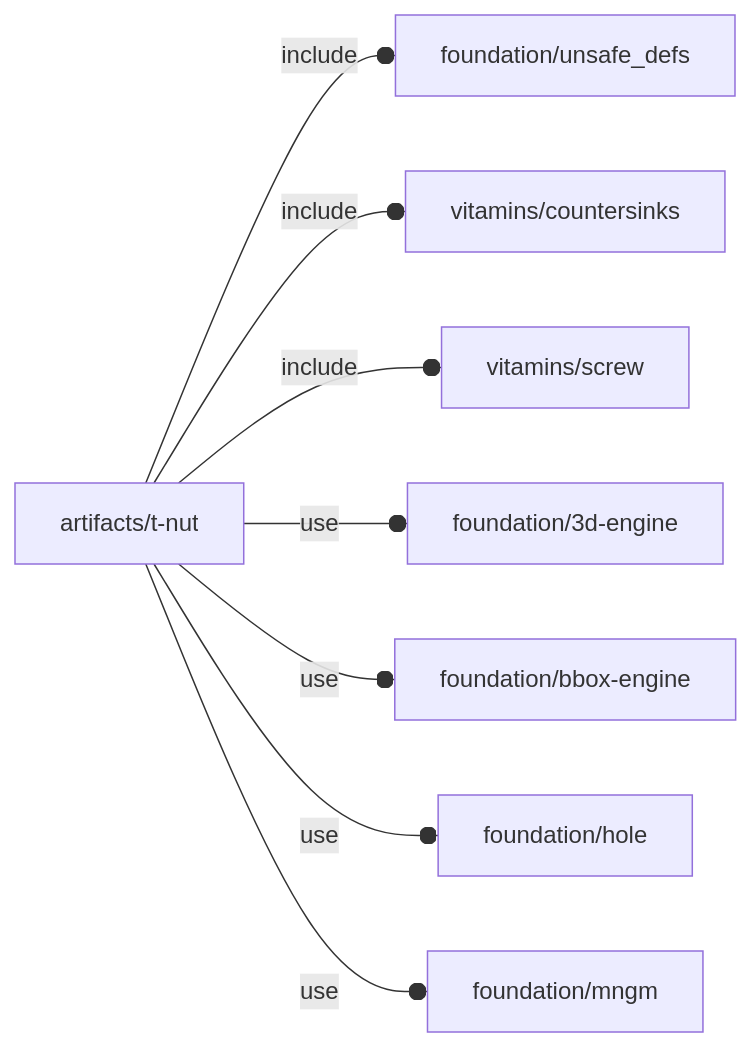
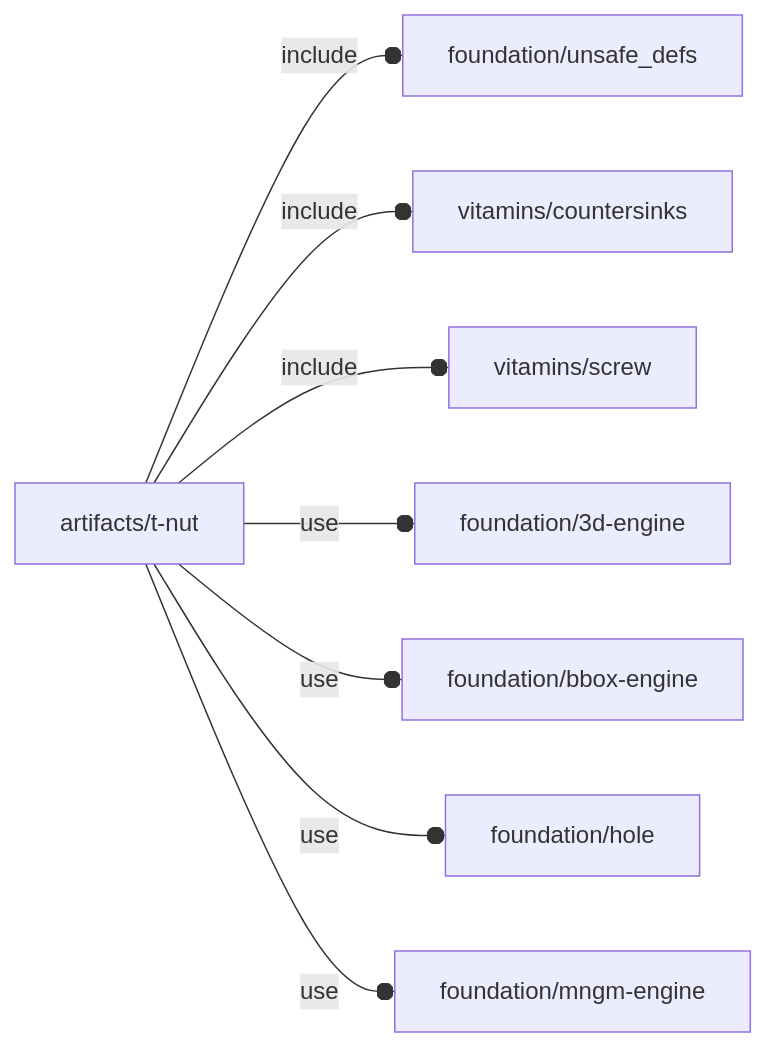
One commit to ggabbiani/OFL changed the diagram in orthodocs/artifacts/t-nut.md. Above: the diagram before and after it, drawn with Mermaid. The commit also changed 65 other files, not shown here.

Commit message:
foundation/mngm.scad renamed as foundation/mngm-engine.scad

````diff
--- a/orthodocs/artifacts/t-nut.md
+++ b/orthodocs/artifacts/t-nut.md
@@ -5,10 +5,10 @@
 ```mermaid
 graph LR
     A1[artifacts/t-nut] --o|include| A2[foundation/unsafe_defs]
     A1 --o|include| A3[vitamins/countersinks]
     A1 --o|include| A4[vitamins/screw]
     A1 --o|use| A5[foundation/3d-engine]
     A1 --o|use| A6[foundation/bbox-engine]
     A1 --o|use| A7[foundation/hole]
-    A1 --o|use| A8[foundation/mngm]
+    A1 --o|use| A8[foundation/mngm-engine]
 ```
````
